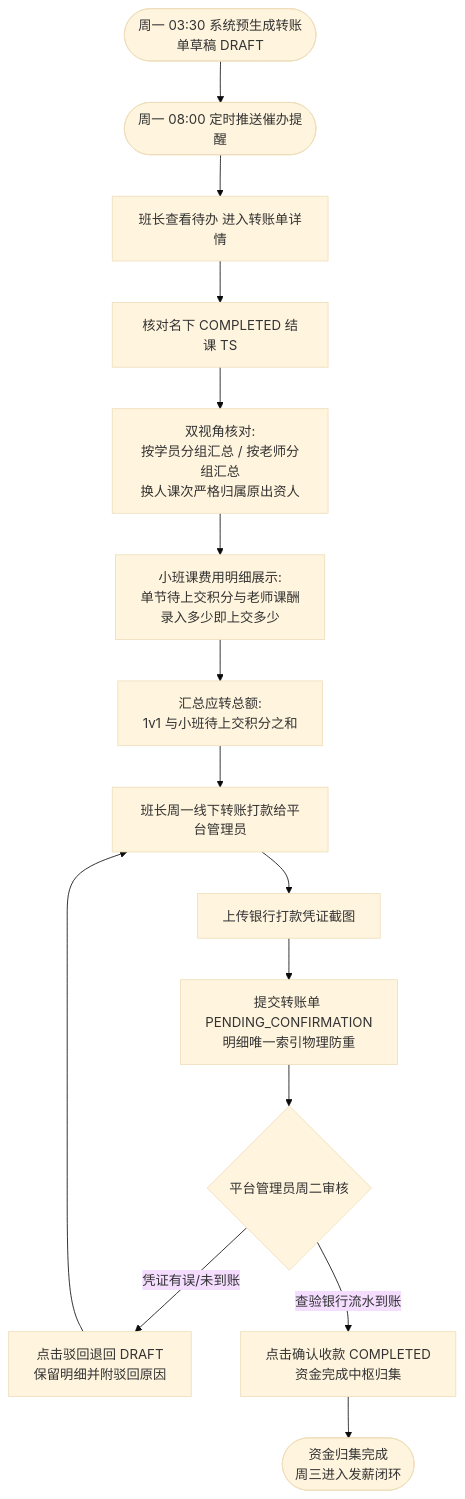
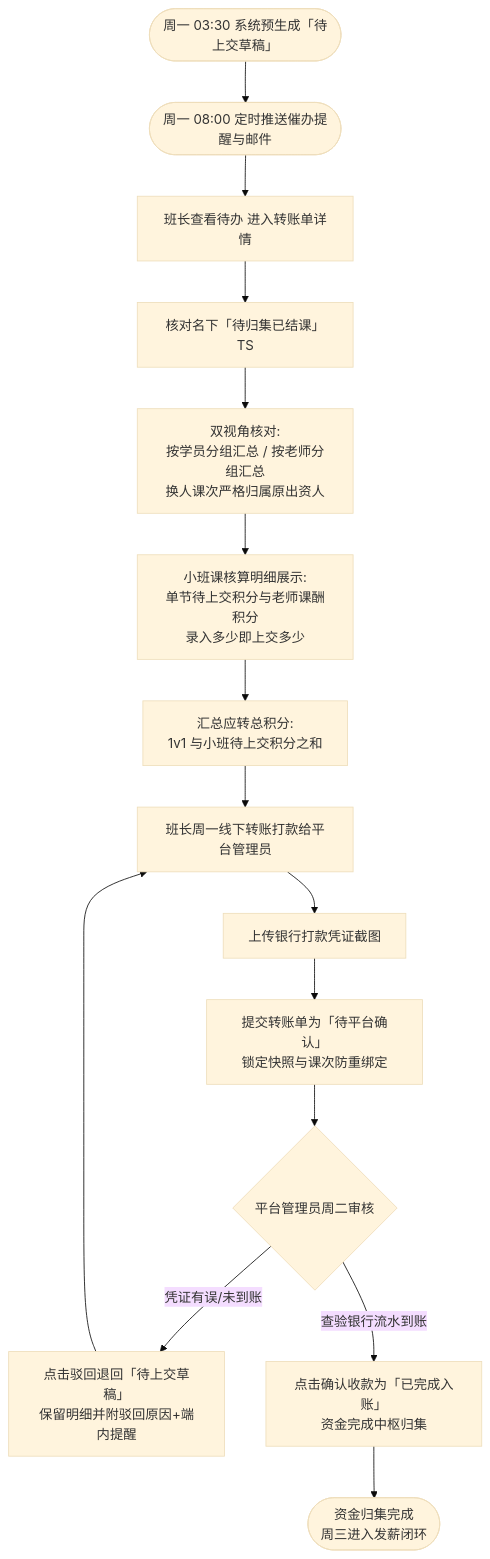
The fourth of 5 diagrams in docs/prd/m5a_transfer_collection.md (Onezao/dream), drawn with Mermaid (base theme) before and after one commit. The commit also changed other lines of this file and 38 other files, not shown here.

````diff
--- a/docs/prd/m5a_transfer_collection.md
+++ b/docs/prd/m5a_transfer_collection.md
@@ -431,18 +462,18 @@
 ```mermaid
 flowchart TD
-    WeeklyDraft([周一 03:30 系统预生成转账单草稿 DRAFT]) --> WeeklyRemind([周一 08:00 定时推送催办提醒])
+    WeeklyDraft([周一 03:30 系统预生成「待上交草稿」]) --> WeeklyRemind([周一 08:00 定时推送催办提醒与邮件])
     WeeklyRemind --> OpenTransfer[班长查看待办 进入转账单详情]
-    OpenTransfer --> LoadTS[核对名下 COMPLETED 结课 TS]
+    OpenTransfer --> LoadTS[核对名下「待归集已结课」TS]
     LoadTS --> GroupView["双视角核对:\n按学员分组汇总 / 按老师分组汇总\n换人课次严格归属原出资人"]
-    GroupView --> CalcSmallGroup["小班课费用明细展示:\n单节待上交积分与老师课酬\n录入多少即上交多少"]
-    CalcSmallGroup --> ShowSummary["汇总应转总额:\n1v1 与小班待上交积分之和"]
+    GroupView --> CalcSmallGroup["小班课核算明细展示:\n单节待上交积分与老师课酬积分\n录入多少即上交多少"]
+    CalcSmallGroup --> ShowSummary["汇总应转总积分:\n1v1 与小班待上交积分之和"]
     ShowSummary --> OfflinePay[班长周一线下转账打款给平台管理员]
     OfflinePay --> UploadProof[上传银行打款凭证截图]
-    UploadProof --> SubmitOrder[提交转账单 PENDING_CONFIRMATION\n明细唯一索引物理防重]
+    UploadProof --> SubmitOrder[提交转账单为「待平台确认」\n锁定快照与课次防重绑定]
     
     SubmitOrder --> AdminAudit{平台管理员周二审核}
-    AdminAudit -- 凭证有误/未到账 --> RejectOrder[点击驳回退回 DRAFT\n保留明细并附驳回原因]
+    AdminAudit -- 凭证有误/未到账 --> RejectOrder[点击驳回退回「待上交草稿」\n保留明细并附驳回原因+端内提醒]
     RejectOrder --> OfflinePay
-    AdminAudit -- 查验银行流水到账 --> ConfirmCollect[点击确认收款 COMPLETED\n资金完成中枢归集]
+    AdminAudit -- 查验银行流水到账 --> ConfirmCollect[点击确认收款为「已完成入账」\n资金完成中枢归集]
     ConfirmCollect --> CollectEnd([资金归集完成\n周三进入发薪闭环])
 ```
````
